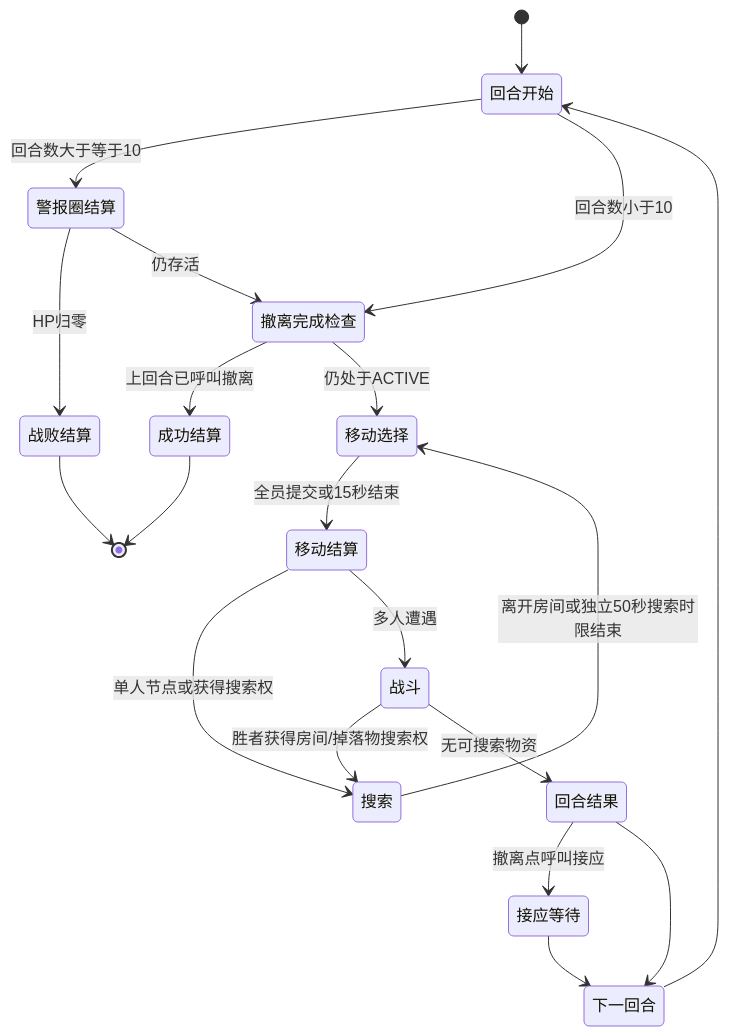
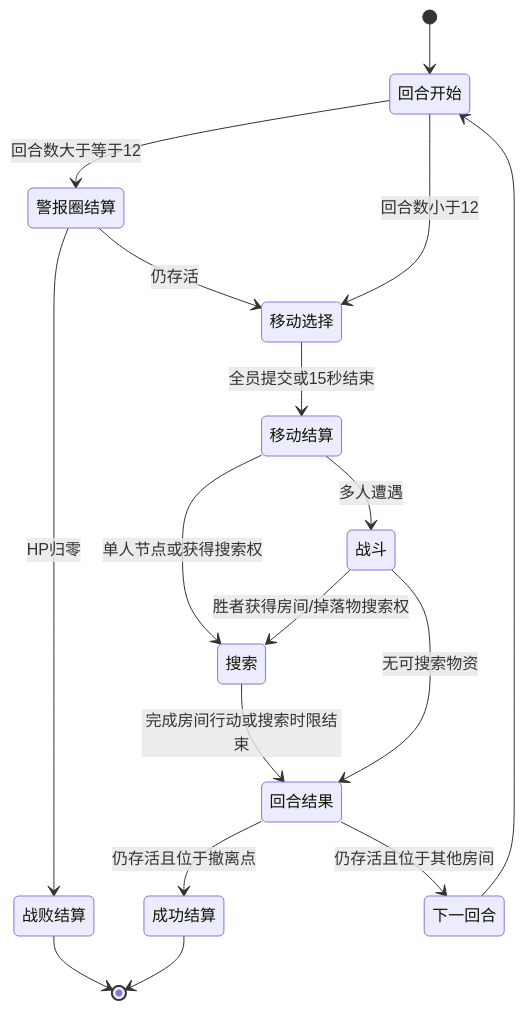
The fifth of 10 diagrams in docs/游戏产品流程图.md (Yeungsam/heisino-game), drawn with Mermaid before and after one commit. The commit also changed other lines of this file and 14 other files, not shown here.

````diff
--- a/docs/游戏产品流程图.md
+++ b/docs/游戏产品流程图.md
@@ -192,22 +191,19 @@
 ```mermaid
 stateDiagram-v2
     [*] --> 回合开始
-    回合开始 --> 警报圈结算: 回合数大于等于10
-    回合开始 --> 撤离完成检查: 回合数小于10
+    回合开始 --> 警报圈结算: 回合数大于等于12
+    回合开始 --> 移动选择: 回合数小于12
     警报圈结算 --> 战败结算: HP归零
-    警报圈结算 --> 撤离完成检查: 仍存活
-    撤离完成检查 --> 成功结算: 上回合已呼叫撤离
-    撤离完成检查 --> 移动选择: 仍处于ACTIVE
+    警报圈结算 --> 移动选择: 仍存活
     移动选择 --> 移动结算: 全员提交或15秒结束
     移动结算 --> 搜索: 单人节点或获得搜索权
     移动结算 --> 战斗: 多人遭遇
     战斗 --> 搜索: 胜者获得房间/掉落物搜索权
     战斗 --> 回合结果: 无可搜索物资
-    搜索 --> 移动选择: 离开房间或独立50秒搜索时限结束
-    回合结果 --> 接应等待: 撤离点呼叫接应
-    回合结果 --> 下一回合
-    接应等待 --> 下一回合
+    搜索 --> 回合结果: 完成房间行动或搜索时限结束
+    回合结果 --> 成功结算: 仍存活且位于撤离点
+    回合结果 --> 下一回合: 仍存活且位于其他房间
     下一回合 --> 回合开始
     战败结算 --> [*]
     成功结算 --> [*]
 ```
````
